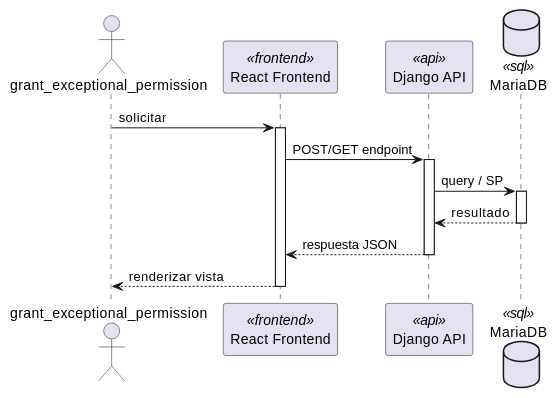
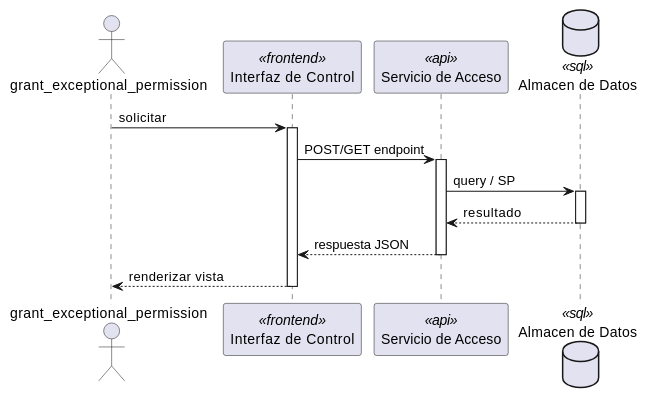
One commit to jcg-admin/IACT-docs changed the first of 2 diagrams in source/arquitectura-tecnica/DesignView/acc-08.rst. Above: the diagram before and after it, drawn with PlantUML. The commit also changed other lines of this file and 243 other files, not shown here.

First line of the commit message:
Add missing diagrams and fix participant names across Kruchten views

```diff
--- a/source/arquitectura-tecnica/DesignView/acc-08.rst
+++ b/source/arquitectura-tecnica/DesignView/acc-08.rst
@@ -22,28 +22,28 @@
 .. uml::
  :caption: UC_ACC_08 — Design View (secuencia)
 
  @startuml
 
  actor "grant_exceptional_permission" as grant_exceptional_permission
- participant "React Frontend" as Frontend <<frontend>>
- participant "Django API" as APIServer <<api>>
- database "MariaDB" as BaseDatos <<sql>>
+ participant "Interfaz de Control" as Iface <<frontend>>
+ participant "Servicio de Acceso" as SvcNode <<api>>
+ database "Almacen de Datos" as Store <<sql>>
 
- grant_exceptional_permission -> Frontend : solicitar
- activate Frontend
+ grant_exceptional_permission -> Iface : solicitar
+ activate Iface
 
- Frontend -> APIServer : POST/GET endpoint
- activate APIServer
+ Iface -> SvcNode : POST/GET endpoint
+ activate SvcNode
 
- APIServer -> BaseDatos : query / SP
- activate BaseDatos
- BaseDatos --> APIServer : resultado
- deactivate BaseDatos
+ SvcNode -> Store : query / SP
+ activate Store
+ Store --> SvcNode : resultado
+ deactivate Store
 
- APIServer --> Frontend : respuesta JSON
- deactivate APIServer
+ SvcNode --> Iface : respuesta JSON
+ deactivate SvcNode
 
- Frontend --> grant_exceptional_permission : renderizar vista
- deactivate Frontend
+ Iface --> grant_exceptional_permission : renderizar vista
+ deactivate Iface
 
  @enduml
```
